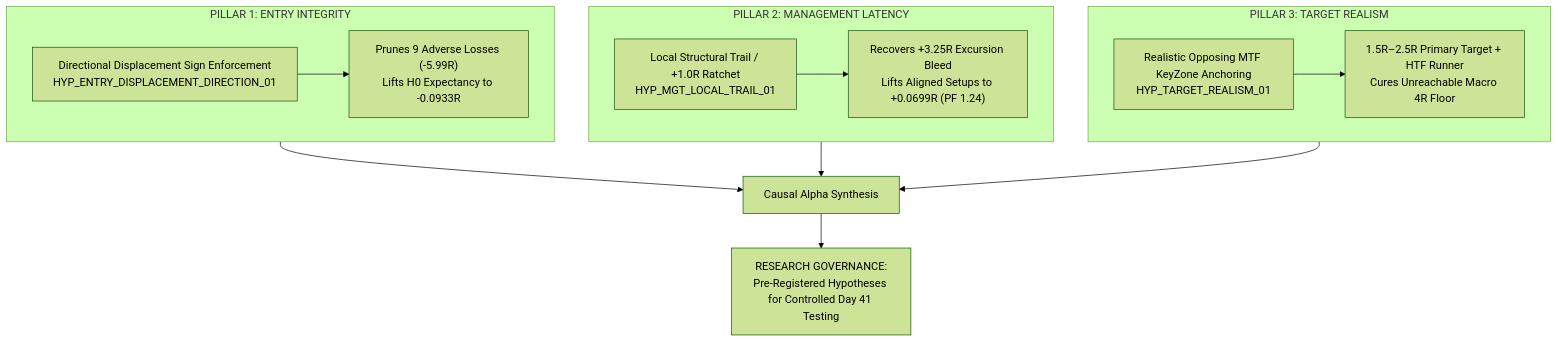
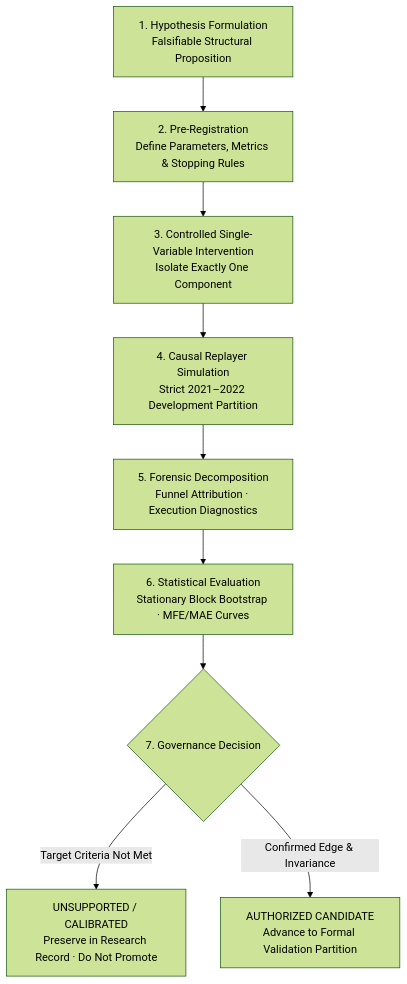
Before and after one commit to Quantitative-Systems/crypto-platform: the third of 4 diagrams in README.md, drawn with Mermaid (forest theme). The commit also changed other lines of this file and 9 other files, not shown here.

````diff
--- a/README.md
+++ b/README.md
@@ -340,25 +150,11 @@
 ```mermaid
 flowchart TD
-    subgraph Pillar1 ["PILLAR 1: ENTRY INTEGRITY"]
-        E1["Directional Displacement Sign Enforcement<br/>HYP_ENTRY_DISPLACEMENT_DIRECTION_01"]
-        E2["Prunes 9 Adverse Losses (-5.99R)<br/>Lifts H0 Expectancy to -0.0933R"]
-        E1 --> E2
-    end
-
-    subgraph Pillar2 ["PILLAR 2: MANAGEMENT LATENCY"]
-        M1["Local Structural Trail / +1.0R Ratchet<br/>HYP_MGT_LOCAL_TRAIL_01"]
-        M2["Recovers +3.25R Excursion Bleed<br/>Lifts Aligned Setups to +0.0699R (PF 1.24)"]
-        M1 --> M2
-    end
-
-    subgraph Pillar3 ["PILLAR 3: TARGET REALISM"]
-        T1["Realistic Opposing MTF KeyZone Anchoring<br/>HYP_TARGET_REALISM_01"]
-        T2["1.5R–2.5R Primary Target + HTF Runner<br/>Cures Unreachable Macro 4R Floor"]
-        T1 --> T2
-    end
-
-    Pillar1 --> SYN["Causal Alpha Synthesis"]
-    Pillar2 --> SYN
-    Pillar3 --> SYN
-    SYN --> GOV["RESEARCH GOVERNANCE:<br/>Pre-Registered Hypotheses for Controlled Day 41 Testing"]
+    H["1. Hypothesis Formulation<br/>Falsifiable Structural Proposition"] --> PR["2. Pre-Registration<br/>Define Parameters, Metrics & Stopping Rules"]
+    PR --> CI["3. Controlled Single-Variable Intervention<br/>Isolate Exactly One Component"]
+    CI --> DR["4. Causal Replayer Simulation<br/>Strict 2021–2022 Development Partition"]
+    DR --> FA["5. Forensic Decomposition<br/>Funnel Attribution · Execution Diagnostics"]
+    FA --> SE["6. Statistical Evaluation<br/>Stationary Block Bootstrap · MFE/MAE Curves"]
+    SE --> G{"7. Governance Decision"}
+    G -->|Target Criteria Not Met| F["UNSUPPORTED / CALIBRATED<br/>Preserve in Research Record · Do Not Promote"]
+    G -->|Confirmed Edge & Invariance| P["AUTHORIZED CANDIDATE<br/>Advance to Formal Validation Partition"]
 ```
````
